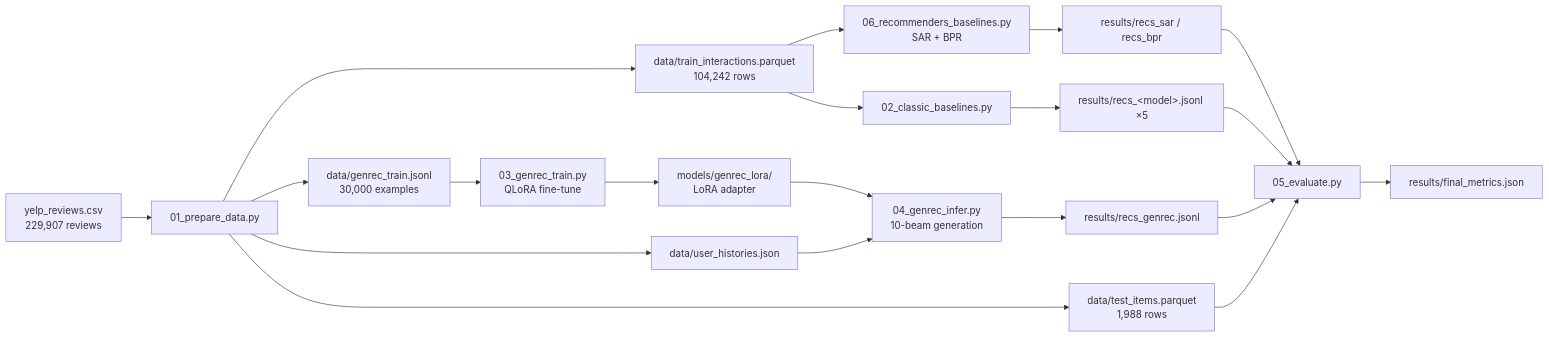
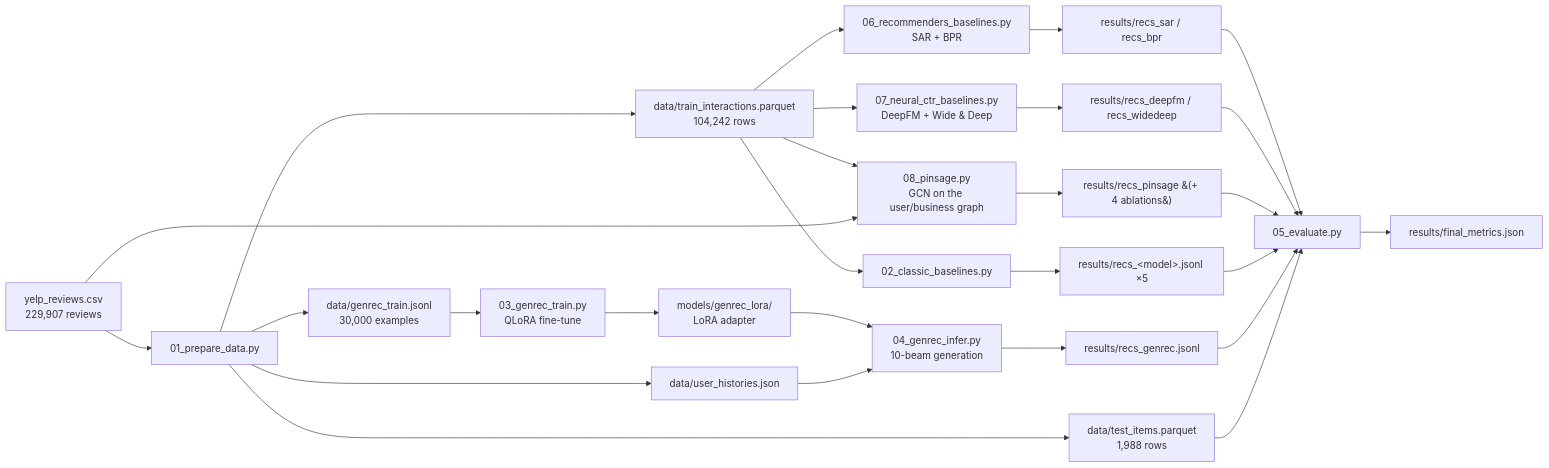
The diagram in ARCHITECTURE.md (ogamircs/genrec-demo), drawn with Mermaid before and after one commit. The commit also changed other lines of this file and 14 other files, not shown here.

First line of the commit message:
Add deep-CTR (DeepFM, Wide & Deep) and graph (PinSage) baselines

````diff
--- a/ARCHITECTURE.md
+++ b/ARCHITECTURE.md
@@ -9,22 +9,29 @@
 ```mermaid
 flowchart LR
     CSV[yelp_reviews.csv<br/>229,907 reviews] --> P[01_prepare_data.py]
     P --> TI[data/train_interactions.parquet<br/>104,242 rows]
     P --> TE[data/test_items.parquet<br/>1,988 rows]
     P --> UH[data/user_histories.json]
     P --> GT[data/genrec_train.jsonl<br/>30,000 examples]
     TI --> CB[02_classic_baselines.py]
     CB --> RC[results/recs_&lt;model&gt;.jsonl ×5]
     TI --> RB[06_recommenders_baselines.py<br/>SAR + BPR]
     RB --> RC2[results/recs_sar / recs_bpr]
     RC2 --> EV
+    TI --> DF[07_neural_ctr_baselines.py<br/>DeepFM + Wide &amp; Deep]
+    DF --> RC3[results/recs_deepfm / recs_widedeep]
+    RC3 --> EV
+    TI --> PS[08_pinsage.py<br/>GCN on the user/business graph]
+    CSV --> PS
+    PS --> RC4[results/recs_pinsage &#40;+ 4 ablations&#41;]
+    RC4 --> EV
     GT --> TR[03_genrec_train.py<br/>QLoRA fine-tune]
     TR --> AD[models/genrec_lora/<br/>LoRA adapter]
     AD --> IN[04_genrec_infer.py<br/>10-beam generation]
     UH --> IN
     IN --> RG[results/recs_genrec.jsonl]
     RC --> EV[05_evaluate.py]
     RG --> EV
     TE --> EV
     EV --> FM[results/final_metrics.json]
 ```
````
